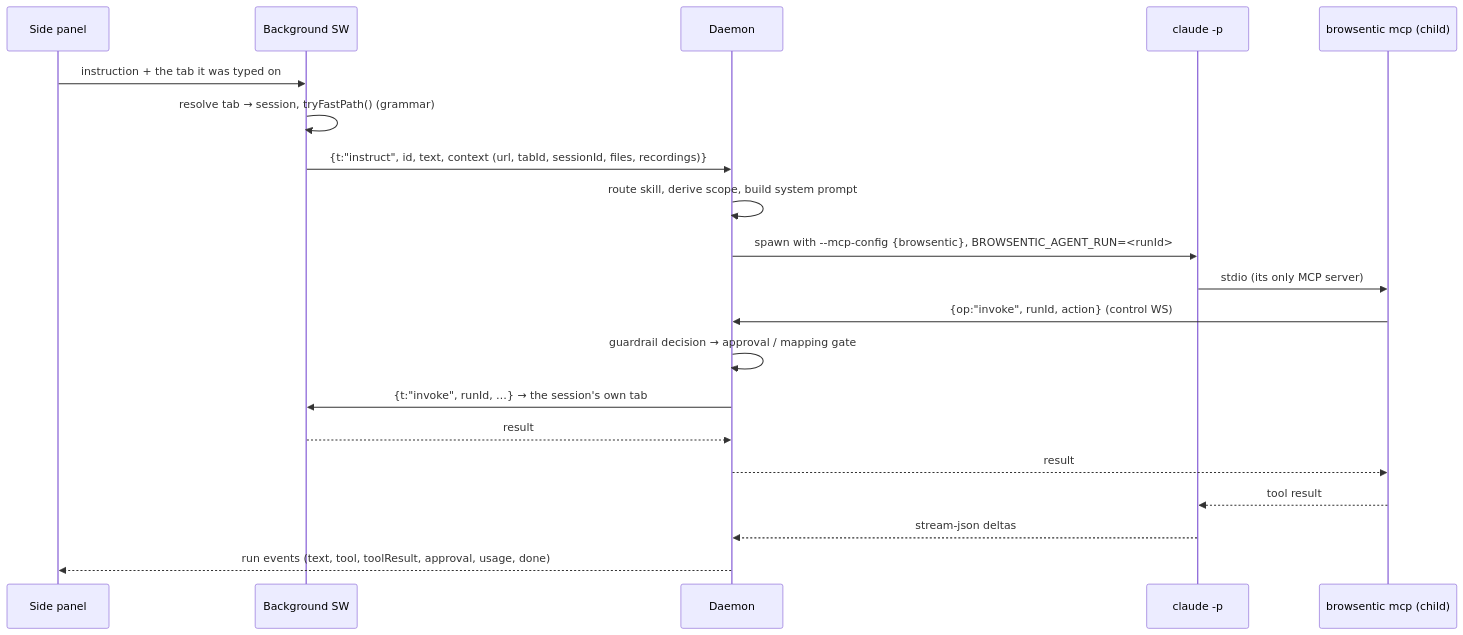
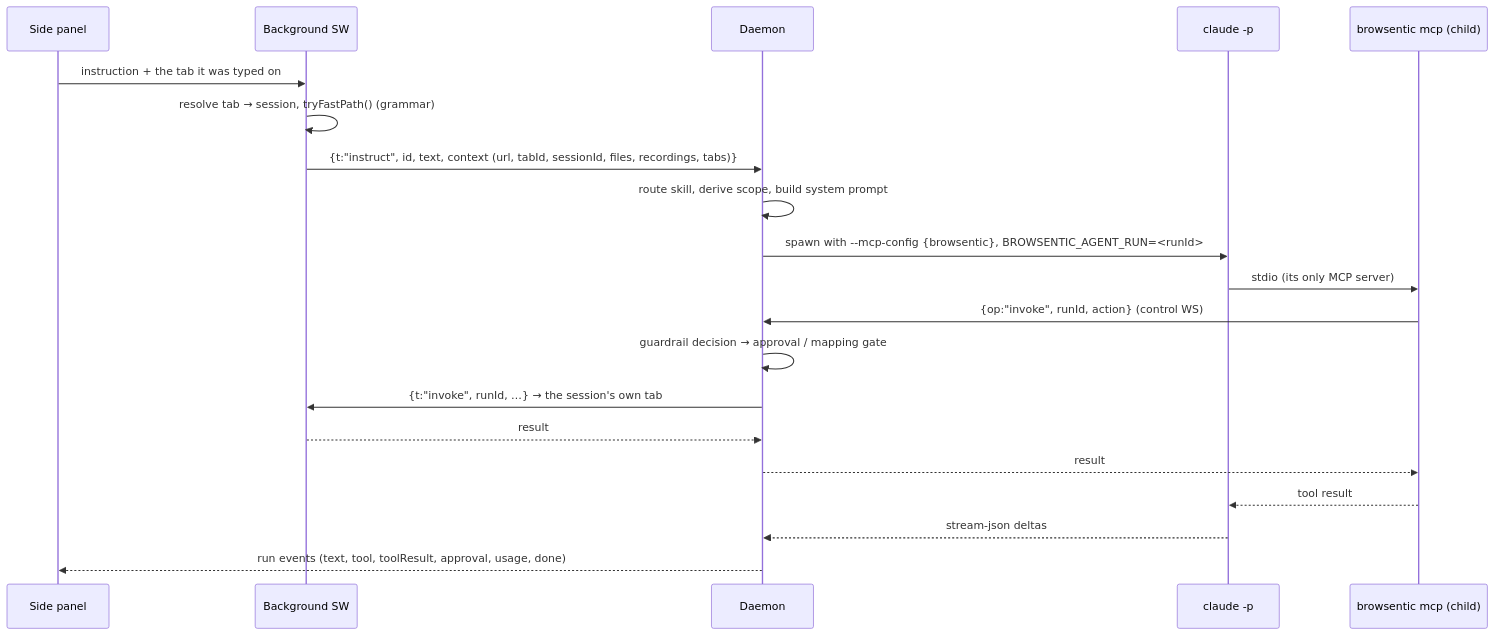
Before and after one commit to Hirin/browsentic: the diagram in docs/internals/agent-runs.md, drawn with Mermaid. The commit also changed 8 other files, not shown here.

Commit message:
docs: a conversation spans the tabs you add, what the agent is told of them, how closing its first tab hands it on, and protocol 26

````diff
--- a/docs/internals/agent-runs.md
+++ b/docs/internals/agent-runs.md
@@ -43,23 +43,23 @@
 ```mermaid
 sequenceDiagram
     participant S as Side panel
     participant B as Background SW
     participant D as Daemon
     participant K as claude -p
     participant M as browsentic mcp (child)
 
     S->>B: instruction + the tab it was typed on
     B->>B: resolve tab → session, tryFastPath() (grammar)
-    B->>D: {t:"instruct", id, text, context (url, tabId, sessionId, files, recordings)}
+    B->>D: {t:"instruct", id, text, context (url, tabId, sessionId, files, recordings, tabs)}
     D->>D: route skill, derive scope, build system prompt
     D->>K: spawn with --mcp-config {browsentic}, BROWSENTIC_AGENT_RUN=<runId>
     K->>M: stdio (its only MCP server)
     M->>D: {op:"invoke", runId, action} (control WS)
     D->>D: guardrail decision → approval / mapping gate
     D->>B: {t:"invoke", runId, …} → the session's own tab
     B-->>D: result
     D-->>M: result
     M-->>K: tool result
     K-->>D: stream-json deltas
     D-->>S: run events (text, tool, toolResult, approval, usage, done)
 ```
````
